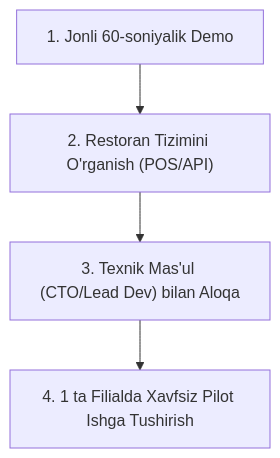
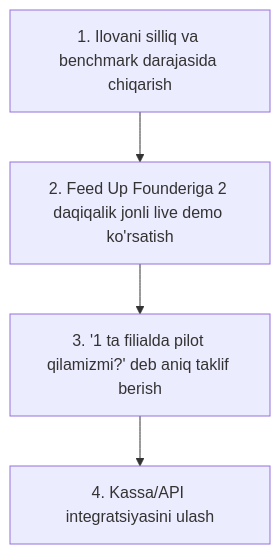
One commit to abduhamid707/zayuno changed the diagram in docs/BIRINCHI_UCHRASHUV_FEED_UP_NATIJASI.md. Above: the diagram before and after it, drawn with Mermaid. The commit also changed other lines of this file and 2 other files, not shown here.

Commit message:
docs: enrich Feed Up meeting notes with Yandex/Alisa differentiation, Trust Layer, and GO signal validation

````diff
--- a/docs/BIRINCHI_UCHRASHUV_FEED_UP_NATIJASI.md
+++ b/docs/BIRINCHI_UCHRASHUV_FEED_UP_NATIJASI.md
@@ -83,6 +103,6 @@
 ```mermaid
 graph TD
-    A["1. Jonli 60-soniyalik Demo"] --> B["2. Restoran Tizimini O'rganish (POS/API)"]
-    B --> C["3. Texnik Mas'ul (CTO/Lead Dev) bilan Aloqa"]
-    C --> D["4. 1 ta Filialda Xavfsiz Pilot Ishga Tushirish"]
+    A["1. Ilovani silliq va benchmark darajasida chiqarish"] --> B["2. Feed Up Founderiga 2 daqiqalik jonli live demo ko'rsatish"]
+    B --> C["3. '1 ta filialda pilot qilamizmi?' deb aniq taklif berish"]
+    C --> D["4. Kassa/API integratsiyasini ulash"]
 ```
````
